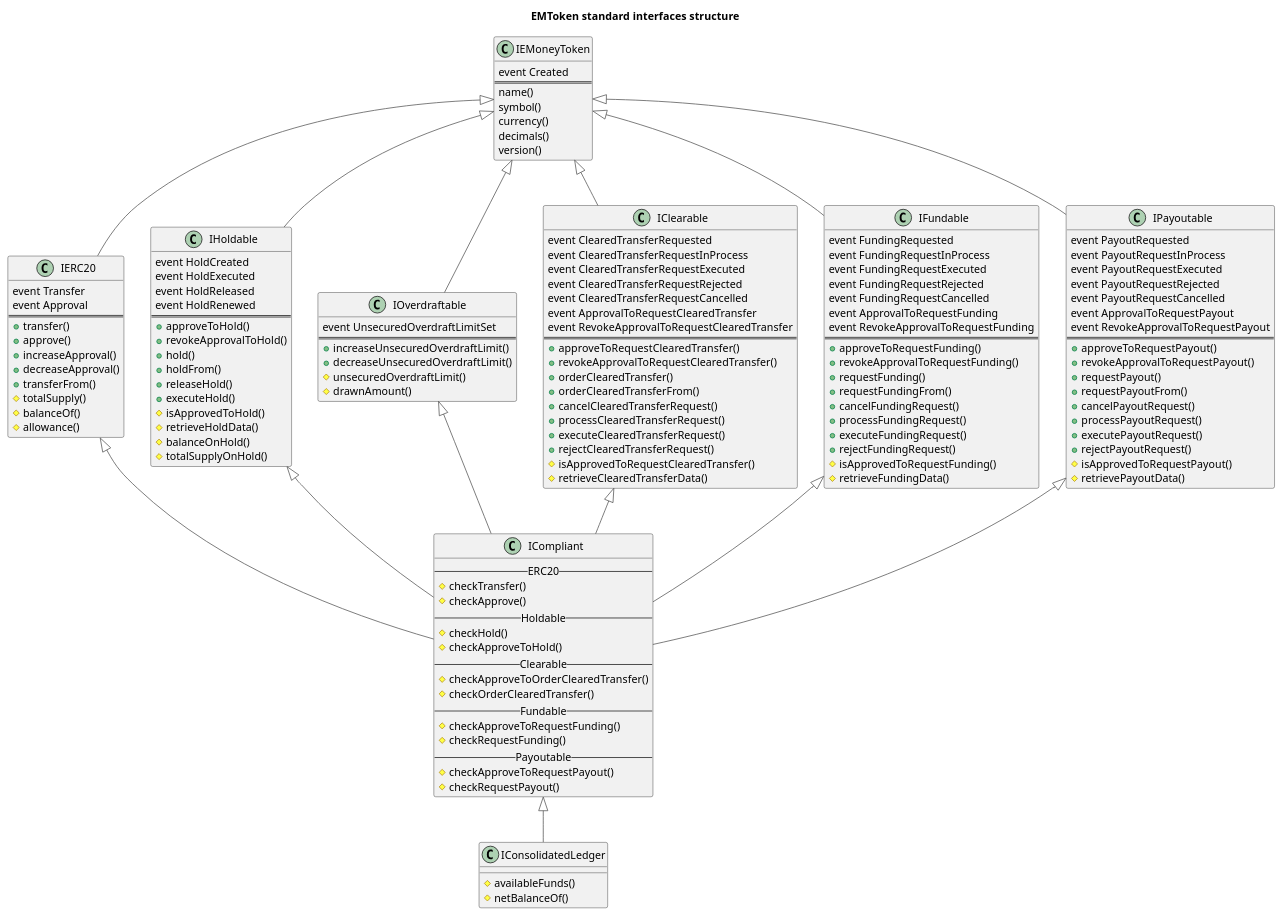
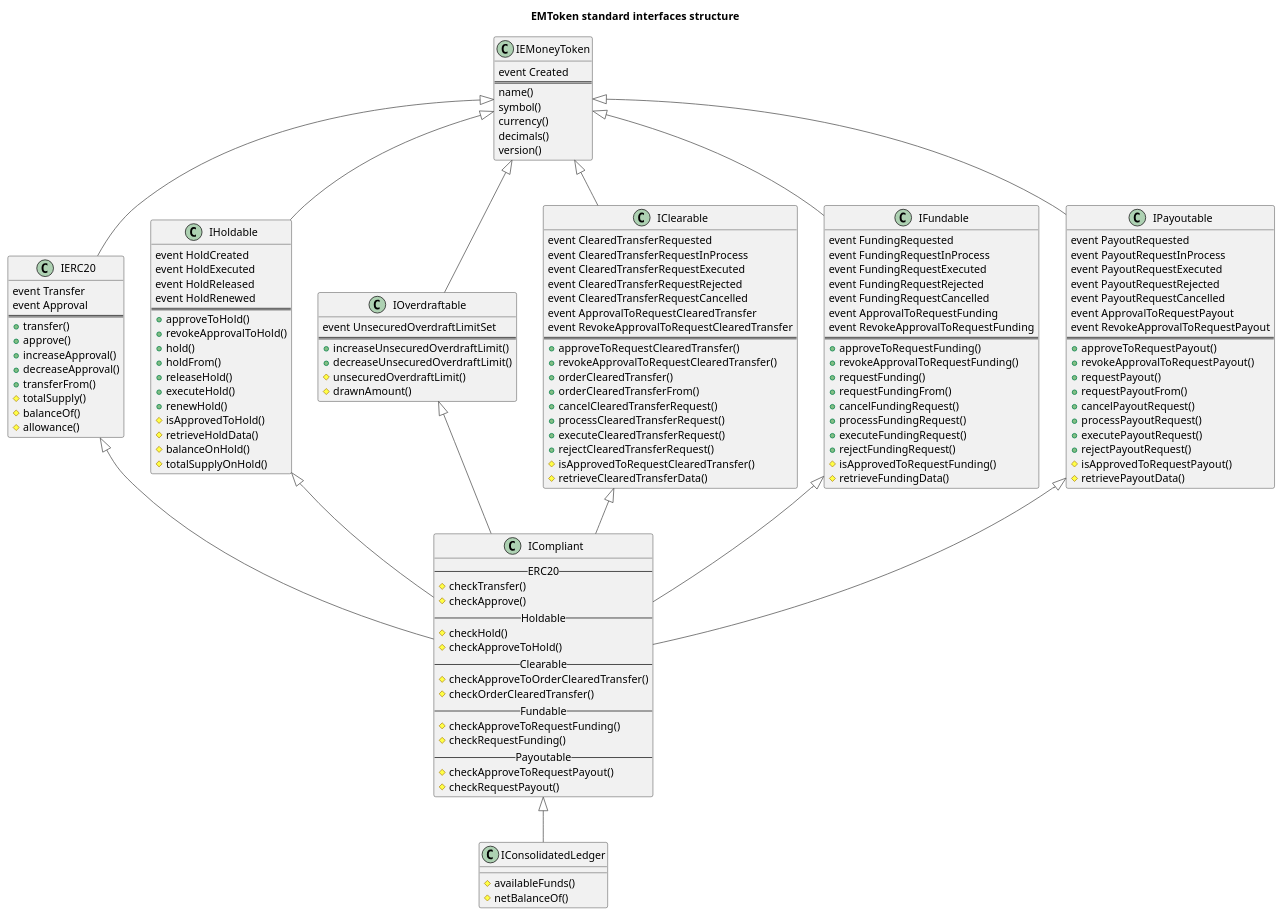
The diagram in diagrams/standard_structure.puml (natiboston/EM-Token), drawn with PlantUML before and after one commit. The commit also changed 8 other files, not shown here.

```diff
--- a/diagrams/standard_structure.puml
+++ b/diagrams/standard_structure.puml
@@ -1,179 +1,180 @@
 @startuml
 title EMToken standard interfaces structure
 hide footbox
 
 skinparam {
   ActorBorderColor #555555
   ParticipantBorderColor #555555
   BoundaryBorderColor #555555
   ArrowColor #555555
   SequenceLifeLineBorderColor #555555
   SequenceBoxBorderColor #FFFFFF
   NoteBorderColor #555555
   NoteBackgroundColor #DDDDDD
 }
 
 'class XXX{
     '{field}event FundingRequested
     '==
     '{method}\t// User callable functions:
     '{method}+requestFunding(uint256 amount, string instructions)
     '--
     '{method}\t// Owner functions (onlyOwner, to respond to user requests):
     '{method}#executeFundingRequest(uint256 fundingId)
 '}
 
 class IEMoneyToken {
   {field}event Created
   ==
   {method}name()
   {method}symbol()
   {method}currency()
   {method}decimals()
   {method}version()
 }
 
 class IERC20 {
   {field}event Transfer
   {field}event Approval
   ==
   {method}+transfer()
   {method}+approve()
   {method}+increaseApproval()
   {method}+decreaseApproval()
   {method}+transferFrom()
   {method}#totalSupply()
   {method}#balanceOf()
   {method}#allowance()
 }
 
 class IHoldable {
   {field}event HoldCreated
   {field}event HoldExecuted
   {field}event HoldReleased
   {field}event HoldRenewed
   ==
   {method}+approveToHold()
   {method}+revokeApprovalToHold()
   {method}+hold()
   {method}+holdFrom()
   {method}+releaseHold()
   {method}+executeHold()
+  {method}+renewHold()
   {method}#isApprovedToHold()
   {method}#retrieveHoldData()
   {method}#balanceOnHold()
   {method}#totalSupplyOnHold()
 }
 
 class IOverdraftable {
   {field}event UnsecuredOverdraftLimitSet
   ==
   {method}+increaseUnsecuredOverdraftLimit()
   {method}+decreaseUnsecuredOverdraftLimit()
   {method}#unsecuredOverdraftLimit()
   {method}#drawnAmount()
 }
 
 class IClearable {
   {field}event ClearedTransferRequested
   {field}event ClearedTransferRequestInProcess
   {field}event ClearedTransferRequestExecuted
   {field}event ClearedTransferRequestRejected
   {field}event ClearedTransferRequestCancelled
   {field}event ApprovalToRequestClearedTransfer
   {field}event RevokeApprovalToRequestClearedTransfer
   ==
   {method}+approveToRequestClearedTransfer()
   {method}+revokeApprovalToRequestClearedTransfer()
   {method}+orderClearedTransfer()
   {method}+orderClearedTransferFrom()
   {method}+cancelClearedTransferRequest()
   {method}+processClearedTransferRequest()
   {method}+executeClearedTransferRequest()
   {method}+rejectClearedTransferRequest()
   {method}#isApprovedToRequestClearedTransfer()
   {method}#retrieveClearedTransferData()
 }
 
 class IFundable {
   {field}event FundingRequested
   {field}event FundingRequestInProcess
   {field}event FundingRequestExecuted
   {field}event FundingRequestRejected
   {field}event FundingRequestCancelled
   {field}event ApprovalToRequestFunding
   {field}event RevokeApprovalToRequestFunding
   ==
   {method}+approveToRequestFunding()
   {method}+revokeApprovalToRequestFunding()
   {method}+requestFunding()
   {method}+requestFundingFrom()
   {method}+cancelFundingRequest()
   {method}+processFundingRequest()
   {method}+executeFundingRequest()
   {method}+rejectFundingRequest()
   {method}#isApprovedToRequestFunding()
   {method}#retrieveFundingData()
 }
 
 class IPayoutable {
   {field}event PayoutRequested
   {field}event PayoutRequestInProcess
   {field}event PayoutRequestExecuted
   {field}event PayoutRequestRejected
   {field}event PayoutRequestCancelled
   {field}event ApprovalToRequestPayout
   {field}event RevokeApprovalToRequestPayout
   ==
   {method}+approveToRequestPayout()
   {method}+revokeApprovalToRequestPayout()
   {method}+requestPayout()
   {method}+requestPayoutFrom()
   {method}+cancelPayoutRequest()
   {method}+processPayoutRequest()
   {method}+executePayoutRequest()
   {method}+rejectPayoutRequest()
   {method}#isApprovedToRequestPayout()
   {method}#retrievePayoutData()
 }
 
 class ICompliant {
   --ERC20--
   {method}#checkTransfer()
   {method}#checkApprove()
   --Holdable--
   {method}#checkHold()
   {method}#checkApproveToHold()
   --Clearable--
   {method}#checkApproveToOrderClearedTransfer()
   {method}#checkOrderClearedTransfer()
   --Fundable--
   {method}#checkApproveToRequestFunding()
   {method}#checkRequestFunding()
   --Payoutable--
   {method}#checkApproveToRequestPayout()
   {method}#checkRequestPayout()
 }
 
 class IConsolidatedLedger {
   {method}#availableFunds()
   {method}#netBalanceOf()
 }
 
 IEMoneyToken <|-- IERC20
 IEMoneyToken <|-- IHoldable
 IEMoneyToken <|-- IOverdraftable
 IEMoneyToken <|-- IClearable
 IEMoneyToken <|-- IFundable
 IEMoneyToken <|-- IPayoutable
 
 IERC20 <|-- ICompliant
 IHoldable <|-- ICompliant
 IOverdraftable <|-- ICompliant
 IClearable <|-- ICompliant
 IFundable <|-- ICompliant
 IPayoutable <|-- ICompliant
 
 ICompliant <|-- IConsolidatedLedger
 
 @enduml
```
